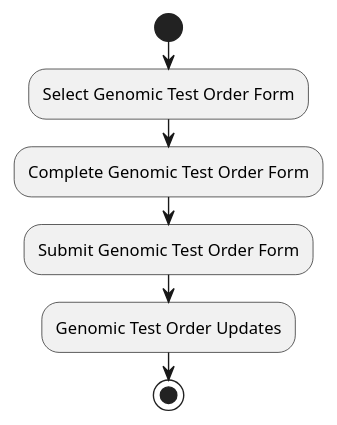
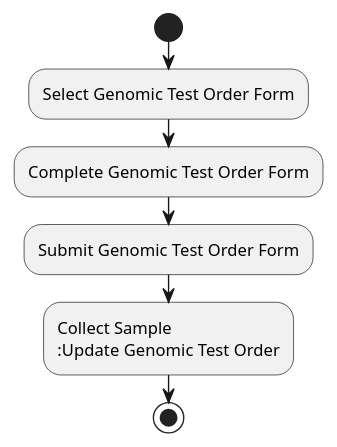
The diagram in input/images-source/LTW-usecase-1-activity.plantuml (nw-gmsa/nw-gmsa.github.com), drawn with PlantUML before and after one commit. The commit also changed 3 other files, not shown here.

```diff
--- a/input/images-source/LTW-usecase-1-activity.plantuml
+++ b/input/images-source/LTW-usecase-1-activity.plantuml
@@ -1,10 +1,11 @@
 @startuml
 
 start
 
 :Select Genomic Test Order Form;
 :Complete Genomic Test Order Form;
 :Submit Genomic Test Order Form;
-:Genomic Test Order Updates;
+:Collect Sample
+:Update Genomic Test Order;
 stop
 @enduml
```
